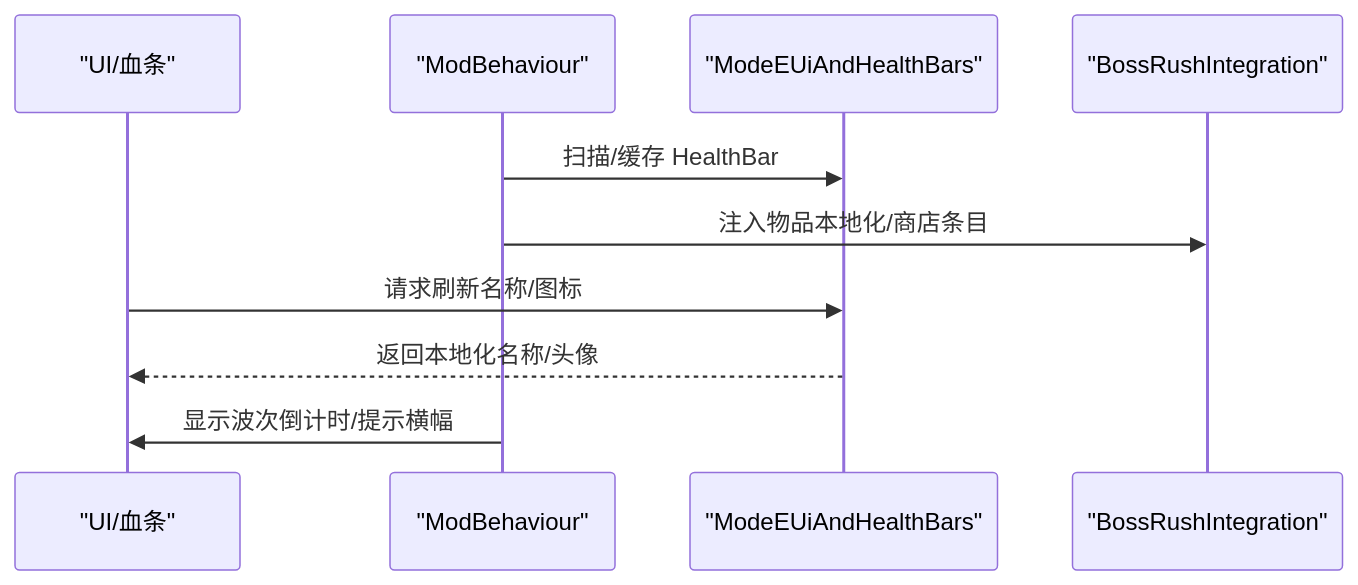
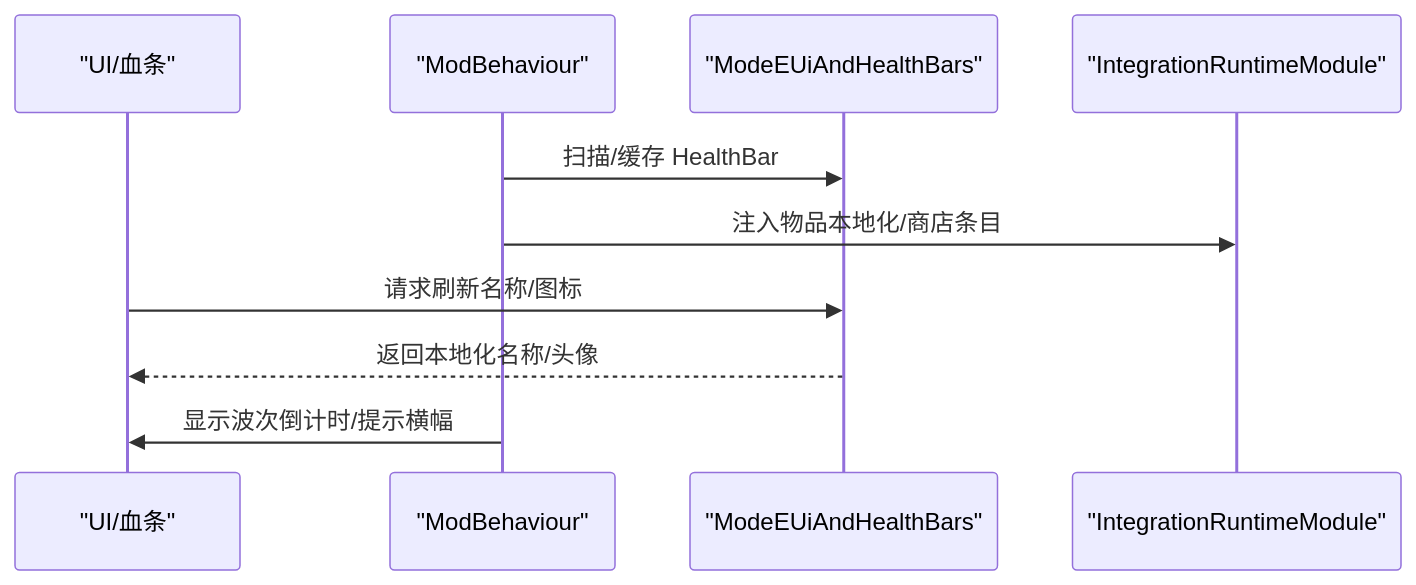
One commit to GASEN1216/BossRushMod changed the seventh of 8 diagrams in .qoder/repowiki/zh/content/项目概览/核心功能特性/自定义 Boss 系统/Boss 框架设计/Boss 系统集成.md. Above: the diagram before and after it, drawn with Mermaid. The commit also changed other lines of this file and 98 other files, not shown here.

````diff
--- a/.qoder/repowiki/zh/content/项目概览/核心功能特性/自定义 Boss 系统/Boss 框架设计/Boss 系统集成.md
+++ b/.qoder/repowiki/zh/content/项目概览/核心功能特性/自定义 Boss 系统/Boss 框架设计/Boss 系统集成.md
@@ -248,12 +249,12 @@
 ```mermaid
 sequenceDiagram
 participant UI as "UI/血条"
 participant MB as "ModBehaviour"
 participant HB as "ModeEUiAndHealthBars"
-participant INT as "BossRushIntegration"
+participant INT as "IntegrationRuntimeModule"
 MB->>HB : 扫描/缓存 HealthBar
 MB->>INT : 注入物品本地化/商店条目
 UI->>HB : 请求刷新名称/图标
 HB-->>UI : 返回本地化名称/头像
 MB->>UI : 显示波次倒计时/提示横幅
 ```
````
